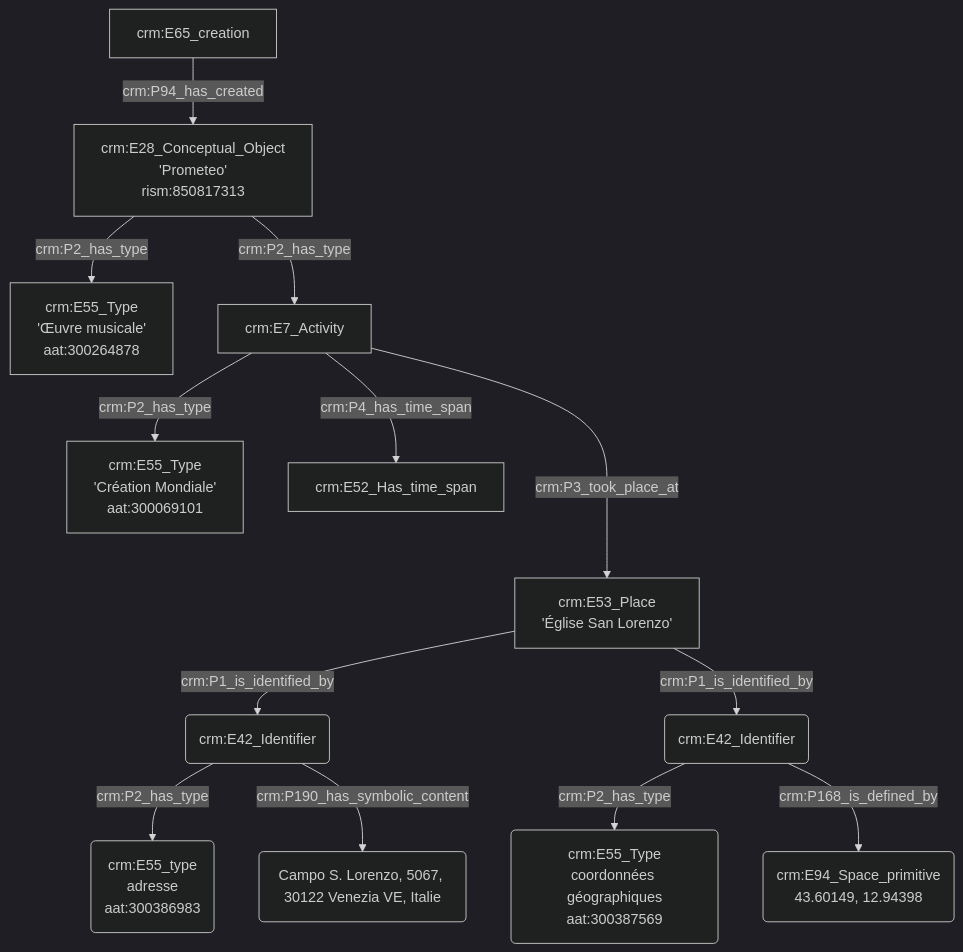
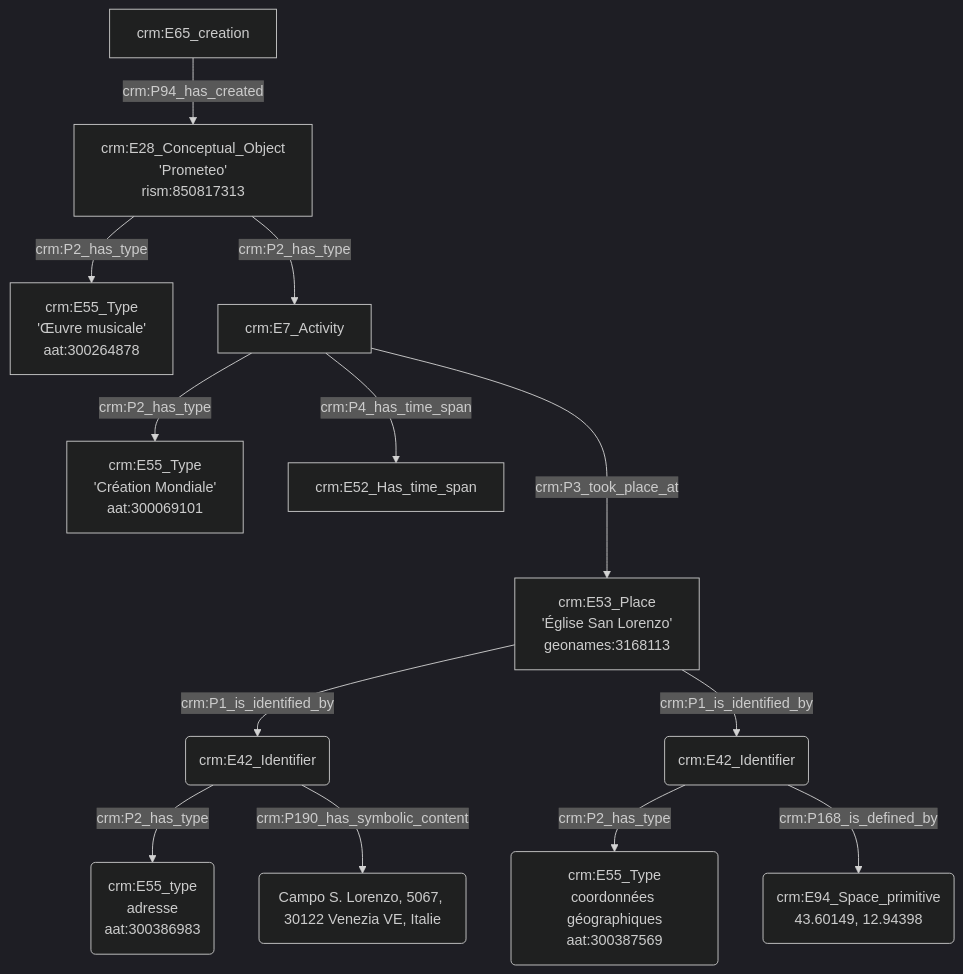
One commit to GusBraud/OntoMatchGameGus changed the fourth of 5 diagrams in Exemple1.md. Above: the diagram before and after it, drawn with Mermaid (dark theme).

````diff
--- a/Exemple1.md
+++ b/Exemple1.md
@@ -54,17 +54,17 @@
 ```mermaid
 graph TD;
 
 D[crm:E65_creation] --> |crm:P94_has_created| E[crm:E28_Conceptual_Object<br>'Prometeo'<br>rism:850817313]
 E[crm:E28_Conceptual_Object<br>'Prometeo'<br>rism:850817313] --> |crm:P2_has_type| F[crm:E55_Type<br>'Œuvre musicale'<br>aat:300264878]
 E[crm:E28_Conceptual_Object<br>'Prometeo'<br>rism:850817313] --> |crm:P2_has_type| G[crm:E7_Activity]
 G[crm:E7_Activity] --> |crm:P2_has_type| H[crm:E55_Type<br>'Création Mondiale'<br>aat:300069101]
 G[crm:E7_Activity] ---> |crm:P3_took_place_at| I[crm:E53_Place<br>'Église San Lorenzo'<br>geonames:3168113]
 G[crm:E7_Activity] --> |crm:P4_has_time_span| J[crm:E52_Has_time_span]
 I[crm:E53_Place<br>'Église San Lorenzo'<br>geonames:3168113] -->|crm:P1_is_identified_by| K(crm:E42_Identifier)
 K(crm:E42_Identifier) --> |crm:P2_has_type| L(crm:E55_type<br>adresse<br>aat:300386983)
 K(crm:E42_Identifier) --> |crm:P190_has_symbolic_content| M(Campo S. Lorenzo, 5067, 30122 Venezia VE, Italie)
-I[crm:E53_Place<br>'Église San Lorenzo'] --> |crm:P1_is_identified_by| N(crm:E42_Identifier)
+I[crm:E53_Place<br>'Église San Lorenzo'<br>geonames:3168113] --> |crm:P1_is_identified_by| N(crm:E42_Identifier)
 N(crm:E42_Identifier) --> |crm:P2_has_type| O(crm:E55_Type<br>coordonnées géographiques<br>aat:300387569)
 N(crm:E42_Identifier) --> |crm:P168_is_defined_by| P(crm:E94_Space_primitive<br>43.60149, 12.94398)
 
 ```
````
